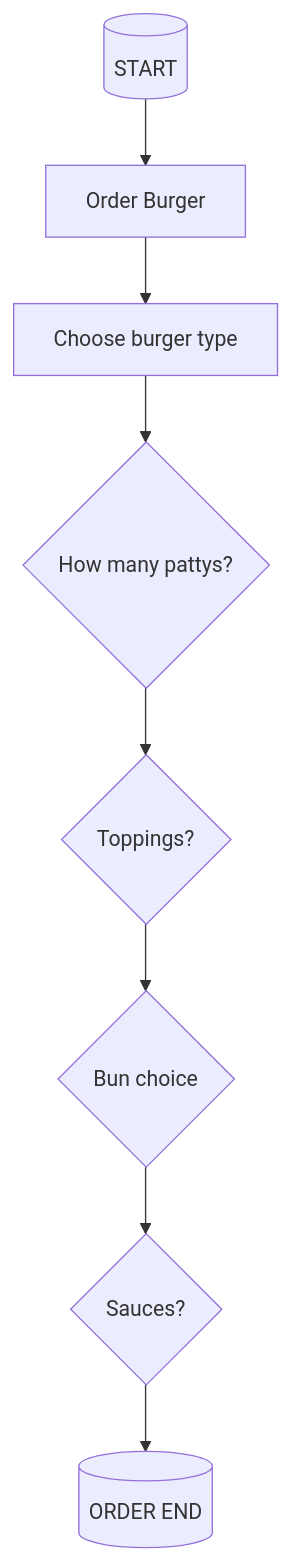
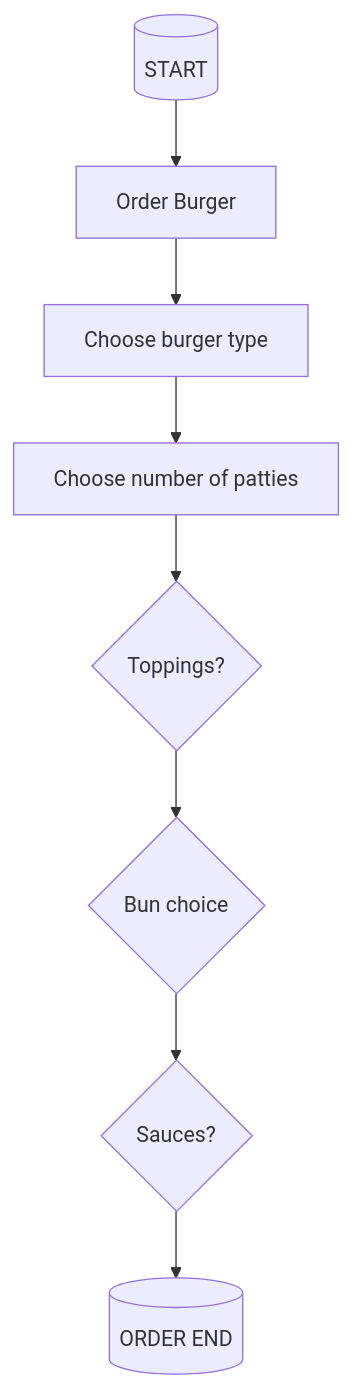
Before and after one commit to delas6006/Debbie-Mankowitz-showcase-: the diagram in README.md, drawn with Mermaid.

````diff
--- a/README.md
+++ b/README.md
@@ -26,12 +26,12 @@
 ```mermaid
 graph TD;
 A[(START)]-->B[Order Burger]
 B -->C[Choose burger type]
-C -->D{How many pattys?}
+C -->D[Choose number of patties]
 D -->E{Toppings?}
 E -->F{Bun choice}
 F -->G{Sauces?}
 G -->H{Drinks?}
 H[(ORDER END)]
 
 ```
````
